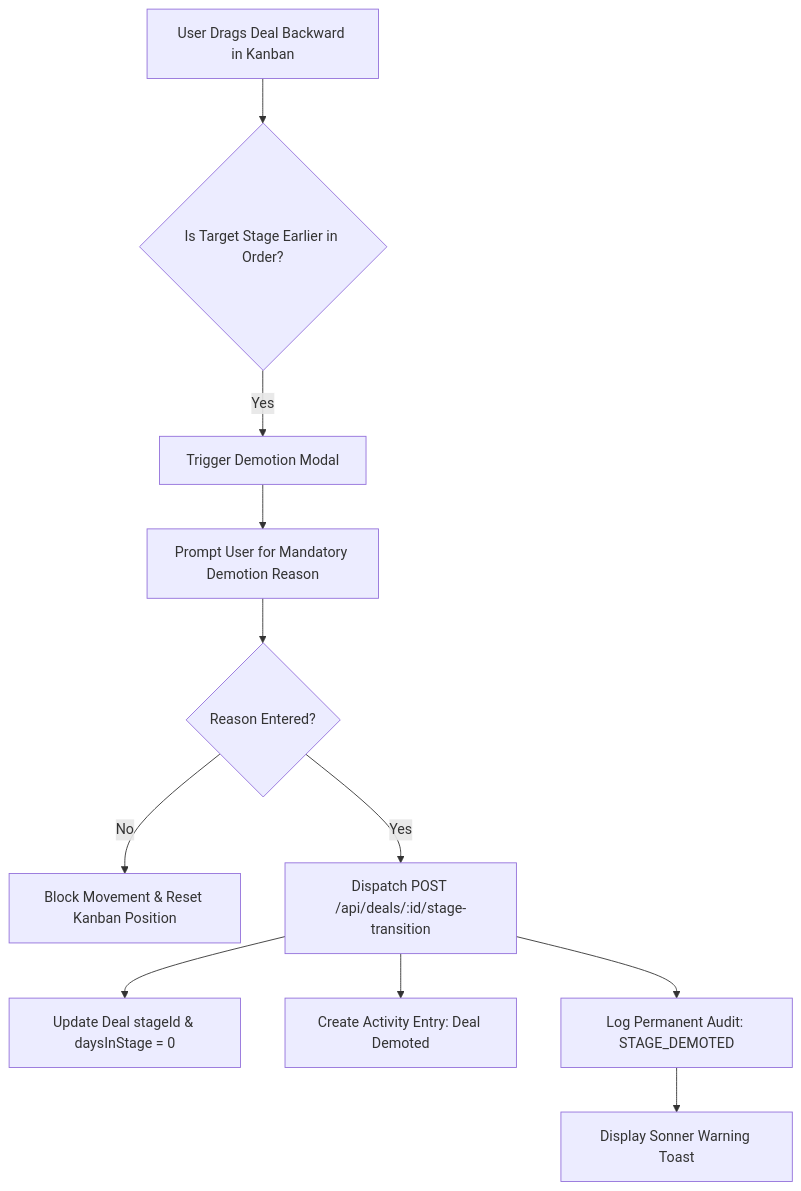
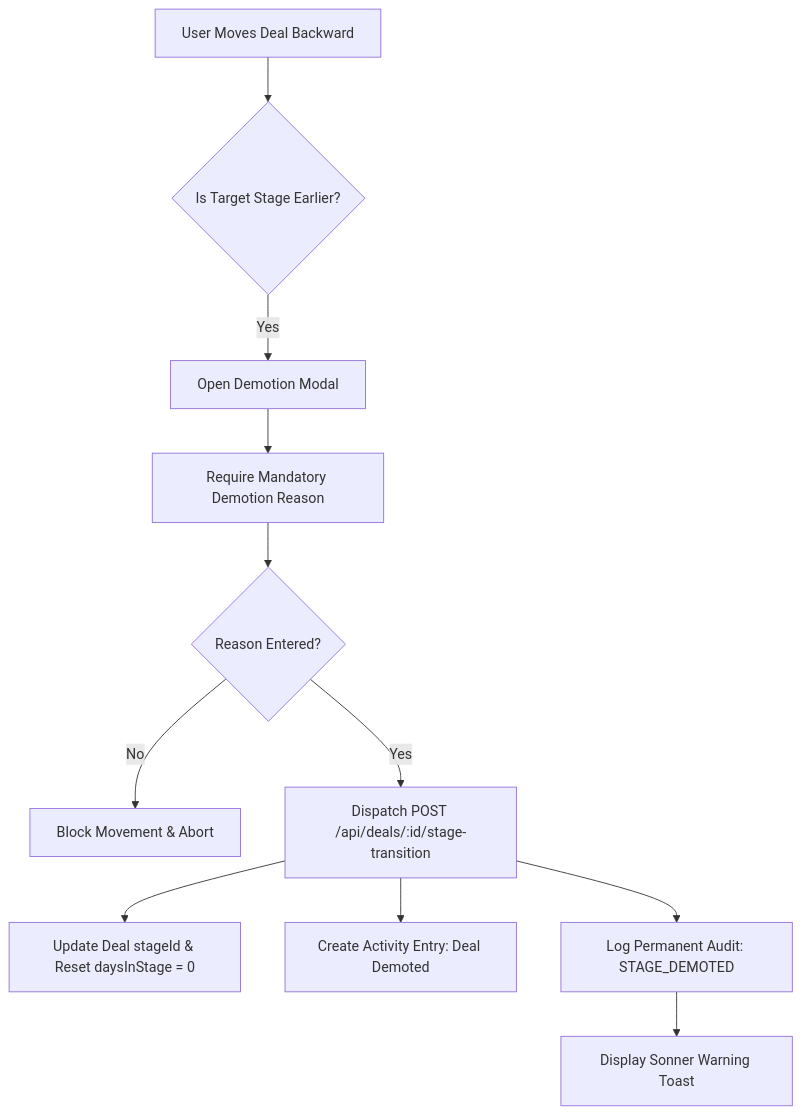
One commit to DevSolanki13/CRM-Demo changed the fifth of 9 diagrams in flow.md. Above: the diagram before and after it, drawn with Mermaid. The commit also changed other lines of this file and 7 other files, not shown here.

Commit message:
docs: update project documentation to reflect current architecture, features, and test suites

````diff
--- a/flow.md
+++ b/flow.md
@@ -181,13 +166,13 @@
 ```mermaid
 flowchart TD
-    A[User Drags Deal Backward in Kanban] --> B{Is Target Stage Earlier in Order?}
-    B -- Yes --> C[Trigger Demotion Modal]
-    C --> D[Prompt User for Mandatory Demotion Reason]
+    A[User Moves Deal Backward] --> B{Is Target Stage Earlier?}
+    B -- Yes --> C[Open Demotion Modal]
+    C --> D[Require Mandatory Demotion Reason]
     D --> E{Reason Entered?}
-    E -- No --> F[Block Movement & Reset Kanban Position]
+    E -- No --> F[Block Movement & Abort]
     E -- Yes --> G[Dispatch POST /api/deals/:id/stage-transition]
-    G --> H[Update Deal stageId & daysInStage = 0]
+    G --> H[Update Deal stageId & Reset daysInStage = 0]
     G --> I[Create Activity Entry: Deal Demoted]
     G --> J[Log Permanent Audit: STAGE_DEMOTED]
     J --> K[Display Sonner Warning Toast]
 ```
````
